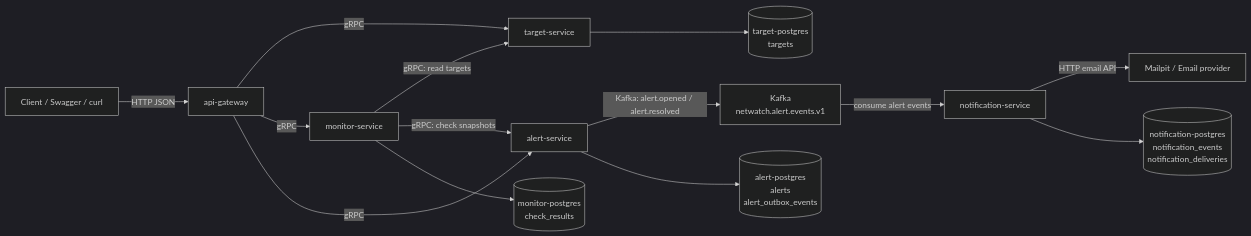
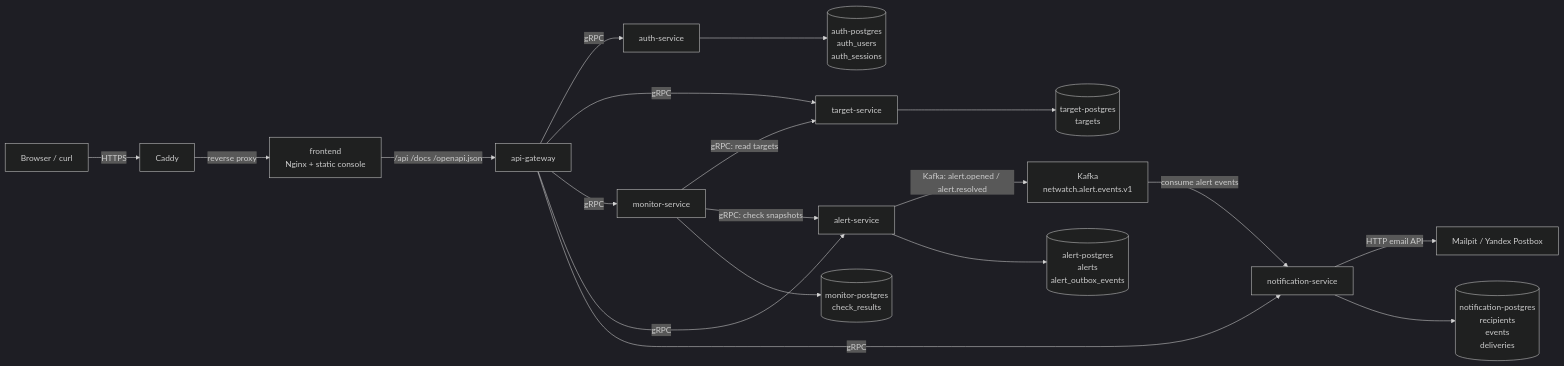
One commit to arthast/NetWatch changed the first of 2 diagrams in README.md. Above: the diagram before and after it, drawn with Mermaid (dark theme). The commit also changed other lines of this file and 15 other files, not shown here.

Commit message:
Add frontend domain entrypoint and real email config

````diff
--- a/README.md
+++ b/README.md
@@ -47,19 +55,24 @@
 ```mermaid
 flowchart LR
-    client["Client / Swagger / curl"] -->|HTTP JSON| gateway["api-gateway"]
+    client["Browser / curl"] -->|HTTPS| caddy["Caddy"]
+    caddy -->|reverse proxy| frontend["frontend<br/>Nginx + static console"]
+    frontend -->|/api /docs /openapi.json| gateway["api-gateway"]
 
+    gateway -->|gRPC| auth["auth-service"]
     gateway -->|gRPC| target["target-service"]
     gateway -->|gRPC| monitor["monitor-service"]
     gateway -->|gRPC| alert["alert-service"]
+    gateway -->|gRPC| notification_api["notification-service"]
 
     monitor -->|gRPC: read targets| target
     monitor -->|gRPC: check snapshots| alert
     alert -->|Kafka: alert.opened / alert.resolved| kafka["Kafka<br/>netwatch.alert.events.v1"]
-    kafka -->|consume alert events| notification["notification-service"]
-    notification -->|HTTP email API| email["Mailpit / Email provider"]
+    kafka -->|consume alert events| notification_api
+    notification_api -->|HTTP email API| email["Mailpit / Yandex Postbox"]
 
+    auth --> auth_db[("auth-postgres<br/>auth_users<br/>auth_sessions")]
     target --> target_db[("target-postgres<br/>targets")]
     monitor --> monitor_db[("monitor-postgres<br/>check_results")]
     alert --> alert_db[("alert-postgres<br/>alerts<br/>alert_outbox_events")]
-    notification --> notification_db[("notification-postgres<br/>notification_events<br/>notification_deliveries")]
+    notification_api --> notification_db[("notification-postgres<br/>recipients<br/>events<br/>deliveries")]
 ```
````
